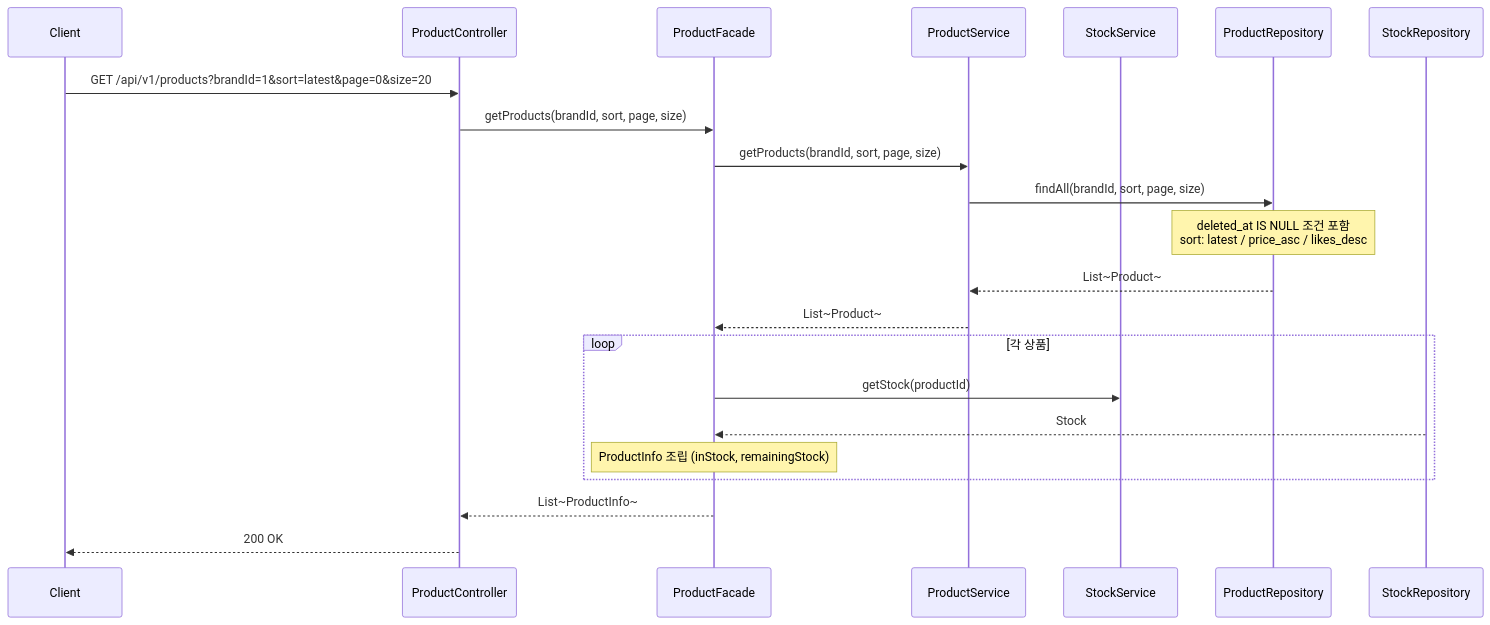
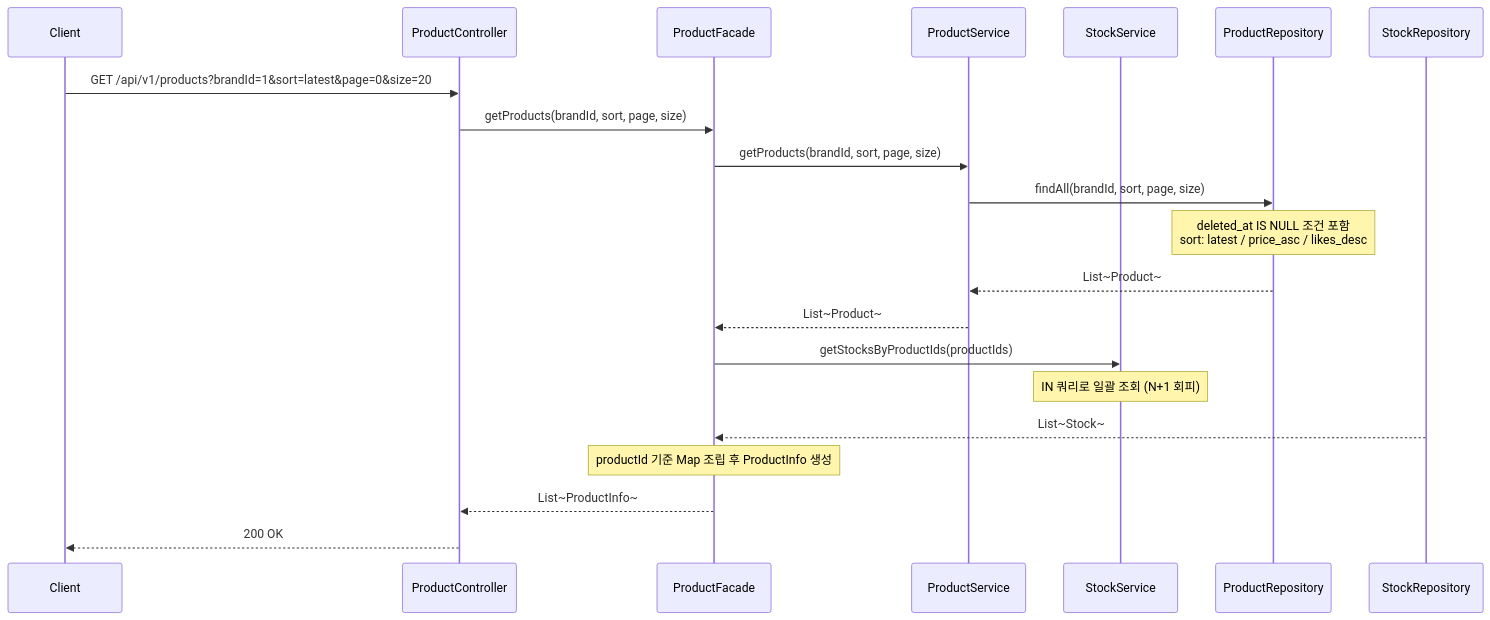
The eighth of 20 diagrams in docs/week2/02-sequence-diagrams.md (loopers-labs/loop-pack-be-l2-vol4-java), drawn with Mermaid before and after one commit. The commit also changed other lines of this file and 3 other files, not shown here.

First line of the commit message:
docs: 요구사항 정의서 전체 리라이트 및 시퀀스/클래스/ERD 보완

````diff
--- a/docs/week2/02-sequence-diagrams.md
+++ b/docs/week2/02-sequence-diagrams.md
@@ -99,29 +226,29 @@
 ```mermaid
 sequenceDiagram
     participant Client
     participant ProductController
     participant ProductFacade
     participant ProductService
     participant StockService
     participant ProductRepository
     participant StockRepository
 
     Client->>ProductController: GET /api/v1/products?brandId=1&sort=latest&page=0&size=20
 
     ProductController->>ProductFacade: getProducts(brandId, sort, page, size)
 
     ProductFacade->>ProductService: getProducts(brandId, sort, page, size)
     ProductService->>ProductRepository: findAll(brandId, sort, page, size)
     Note over ProductRepository: deleted_at IS NULL 조건 포함<br/>sort: latest / price_asc / likes_desc
     ProductRepository-->>ProductService: List~Product~
     ProductService-->>ProductFacade: List~Product~
 
-    loop 각 상품
-        ProductFacade->>StockService: getStock(productId)
-        StockRepository-->>ProductFacade: Stock
-        Note over ProductFacade: ProductInfo 조립 (inStock, remainingStock)
-    end
+    ProductFacade->>StockService: getStocksByProductIds(productIds)
+    Note over StockService: IN 쿼리로 일괄 조회 (N+1 회피)
+    StockRepository-->>ProductFacade: List~Stock~
+
+    Note over ProductFacade: productId 기준 Map 조립 후 ProductInfo 생성
 
     ProductFacade-->>ProductController: List~ProductInfo~
     ProductController-->>Client: 200 OK
 ```
````
